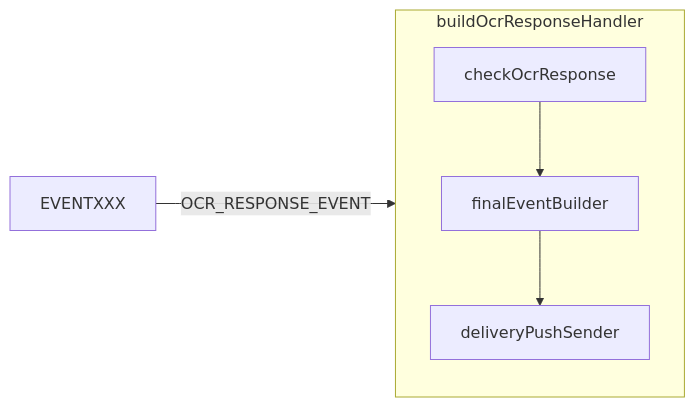
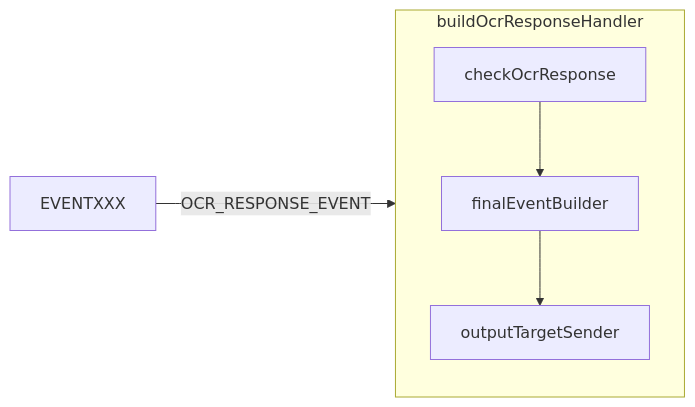
Before and after one commit to pagopa/pn-paper-tracker: the third of 3 diagrams in docs/ms/ArchitetturaInterna.md, drawn with Mermaid. The commit also changed other lines of this file and 1 other file, not shown here.

````diff
--- a/docs/ms/ArchitetturaInterna.md
+++ b/docs/ms/ArchitetturaInterna.md
@@ -135,12 +137,12 @@
 ```mermaid
 flowchart LR
 
     F[EVENTXXX] -->|OCR_RESPONSE_EVENT| OCR
 
     %% Ocr response handler
     subgraph OCR[buildOcrResponseHandler]
         I1[checkOcrResponse] -->  
         I2[finalEventBuilder] --> 
-        I3[deliveryPushSender]
+        I3[outputTargetSender]
     end
 ```
````
